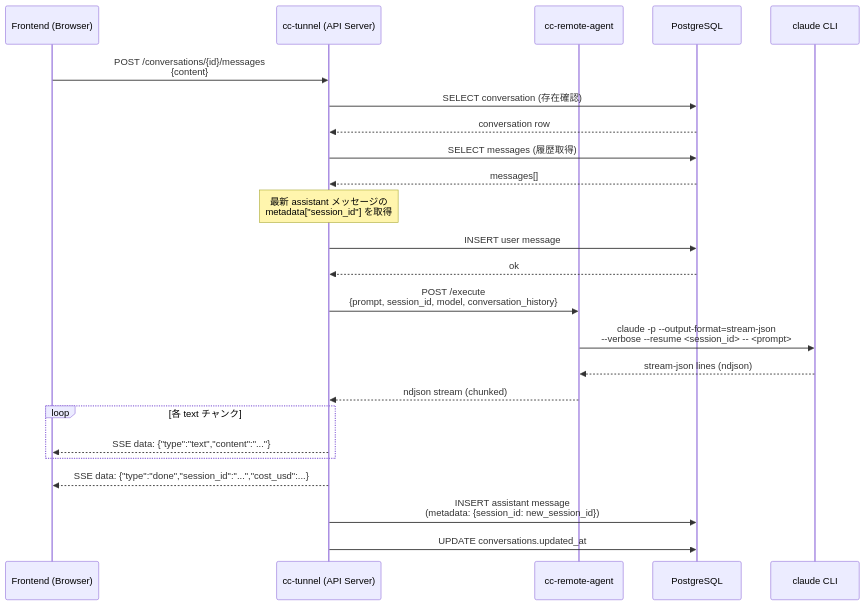
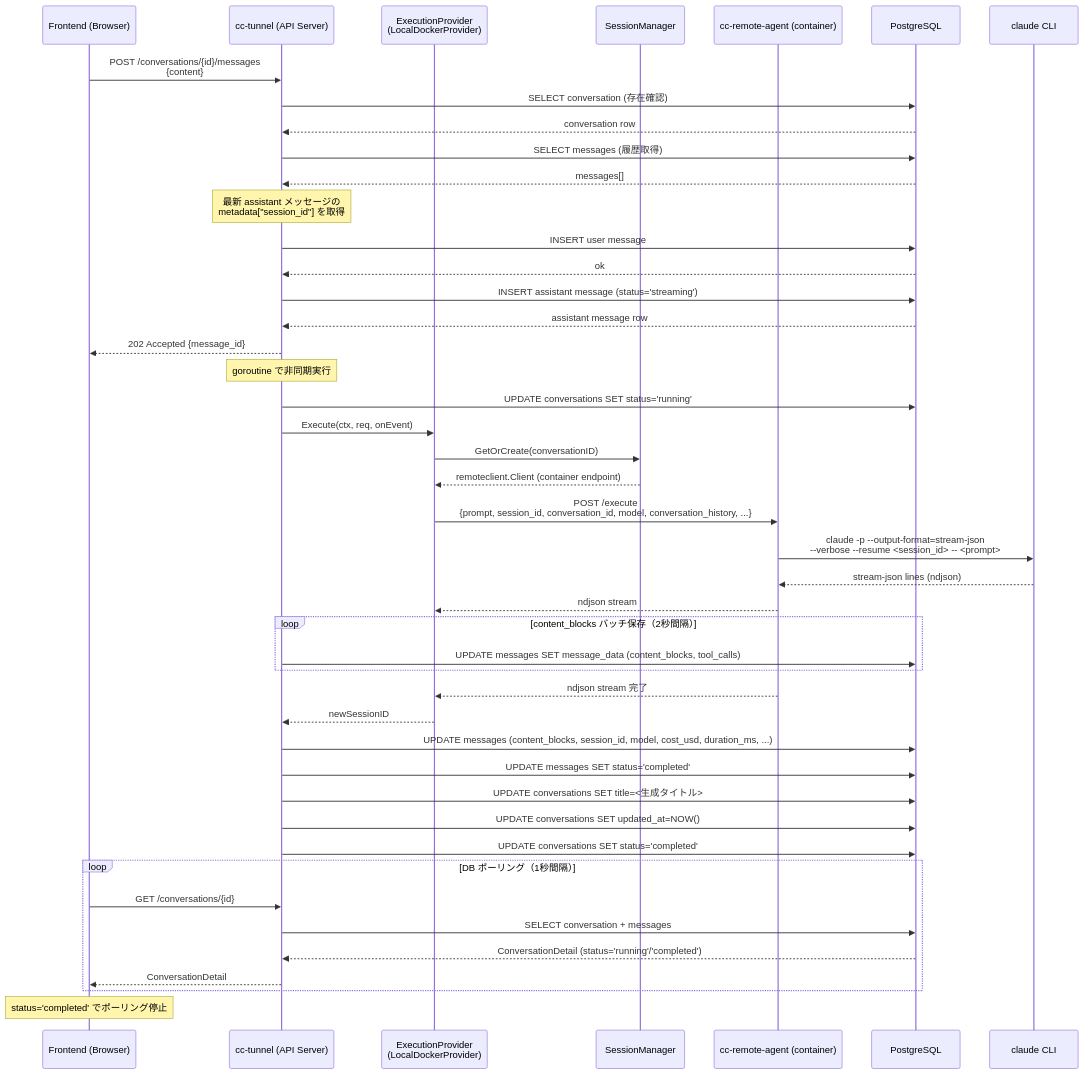
The second of 4 diagrams in docs/sequence.md (pollenjp/cc-tunnel), drawn with Mermaid before and after one commit. The commit also changed other lines of this file and 14 other files, not shown here.

First line of the commit message:
docs: Update sequence flow for message sending and introduce asynchronous processing

````diff
--- a/docs/sequence.md
+++ b/docs/sequence.md
@@ -19,31 +19,53 @@
 ```mermaid
 sequenceDiagram
     participant F as Frontend (Browser)
     participant T as cc-tunnel (API Server)
-    participant A as cc-remote-agent
+    participant P as ExecutionProvider<br/>(LocalDockerProvider)
+    participant SM as SessionManager
+    participant A as cc-remote-agent (container)
     participant D as PostgreSQL
     participant C as claude CLI
 
     F->>T: POST /conversations/{id}/messages<br/>{content}
     T->>D: SELECT conversation (存在確認)
     D-->>T: conversation row
     T->>D: SELECT messages (履歴取得)
     D-->>T: messages[]
     Note over T: 最新 assistant メッセージの<br/>metadata["session_id"] を取得
     T->>D: INSERT user message
     D-->>T: ok
+    T->>D: INSERT assistant message (status='streaming')
+    D-->>T: assistant message row
+    T-->>F: 202 Accepted {message_id}
 
-    T->>A: POST /execute<br/>{prompt, session_id, model, conversation_history}
+    Note over T: goroutine で非同期実行
+
+    T->>D: UPDATE conversations SET status='running'
+    T->>P: Execute(ctx, req, onEvent)
+    P->>SM: GetOrCreate(conversationID)
+    SM-->>P: remoteclient.Client (container endpoint)
+    P->>A: POST /execute<br/>{prompt, session_id, conversation_id, model, conversation_history, ...}
     A->>C: claude -p --output-format=stream-json<br/>--verbose --resume <session_id> -- <prompt>
     C-->>A: stream-json lines (ndjson)
-    A-->>T: ndjson stream (chunked)
+    A-->>P: ndjson stream
 
-    loop 各 text チャンク
-        T-->>F: SSE data: {"type":"text","content":"..."}
+    loop content_blocks バッチ保存（2秒間隔）
+        T->>D: UPDATE messages SET message_data (content_blocks, tool_calls)
     end
 
-    T-->>F: SSE data: {"type":"done","session_id":"...","cost_usd":...}
+    A-->>P: ndjson stream 完了
+    P-->>T: newSessionID
+    T->>D: UPDATE messages (content_blocks, session_id, model, cost_usd, duration_ms, ...)
+    T->>D: UPDATE messages SET status='completed'
+    T->>D: UPDATE conversations SET title=<生成タイトル>
+    T->>D: UPDATE conversations SET updated_at=NOW()
+    T->>D: UPDATE conversations SET status='completed'
 
-    T->>D: INSERT assistant message<br/>(metadata: {session_id: new_session_id})
-    T->>D: UPDATE conversations.updated_at
+    loop DB ポーリング（1秒間隔）
+        F->>T: GET /conversations/{id}
+        T->>D: SELECT conversation + messages
+        D-->>T: ConversationDetail (status='running'/'completed')
+        T-->>F: ConversationDetail
+    end
+    Note over F: status='completed' でポーリング停止
 ```
````
